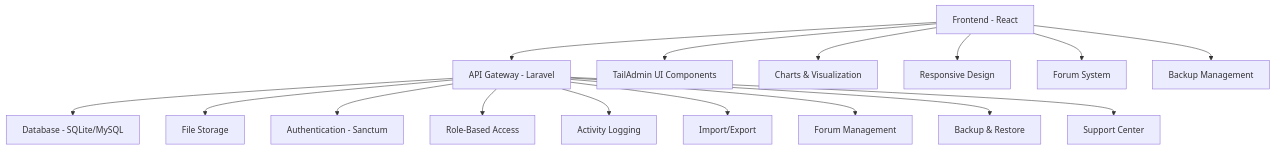
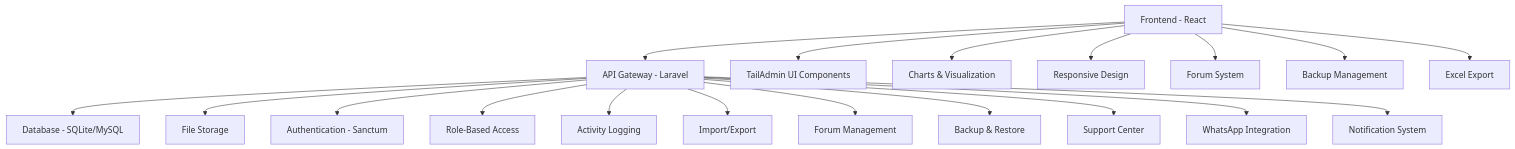
Before and after one commit to arkannaufl/isme-fkk: the first of 2 diagrams in README.md, drawn with Mermaid. The commit also changed other lines of this file and 9 other files, not shown here.

First line of the commit message:
feat: Enhance WhatsApp integration and Excel export functionality

````diff
--- a/README.md
+++ b/README.md
@@ -314,20 +351,23 @@
 ```mermaid
 graph TB
     A[Frontend - React] --> B[API Gateway - Laravel]
     B --> C[Database - SQLite/MySQL]
     B --> D[File Storage]
     B --> E[Authentication - Sanctum]
     
     A --> F[TailAdmin UI Components]
     A --> G[Charts & Visualization]
     A --> H[Responsive Design]
     A --> I[Forum System]
     A --> J[Backup Management]
+    A --> K[Excel Export]
     
-    B --> K[Role-Based Access]
-    B --> L[Activity Logging]
-    B --> M[Import/Export]
-    B --> N[Forum Management]
-    B --> O[Backup & Restore]
-    B --> P[Support Center]
+    B --> L[Role-Based Access]
+    B --> M[Activity Logging]
+    B --> N[Import/Export]
+    B --> O[Forum Management]
+    B --> P[Backup & Restore]
+    B --> Q[Support Center]
+    B --> R[WhatsApp Integration]
+    B --> S[Notification System]
 ```
````
